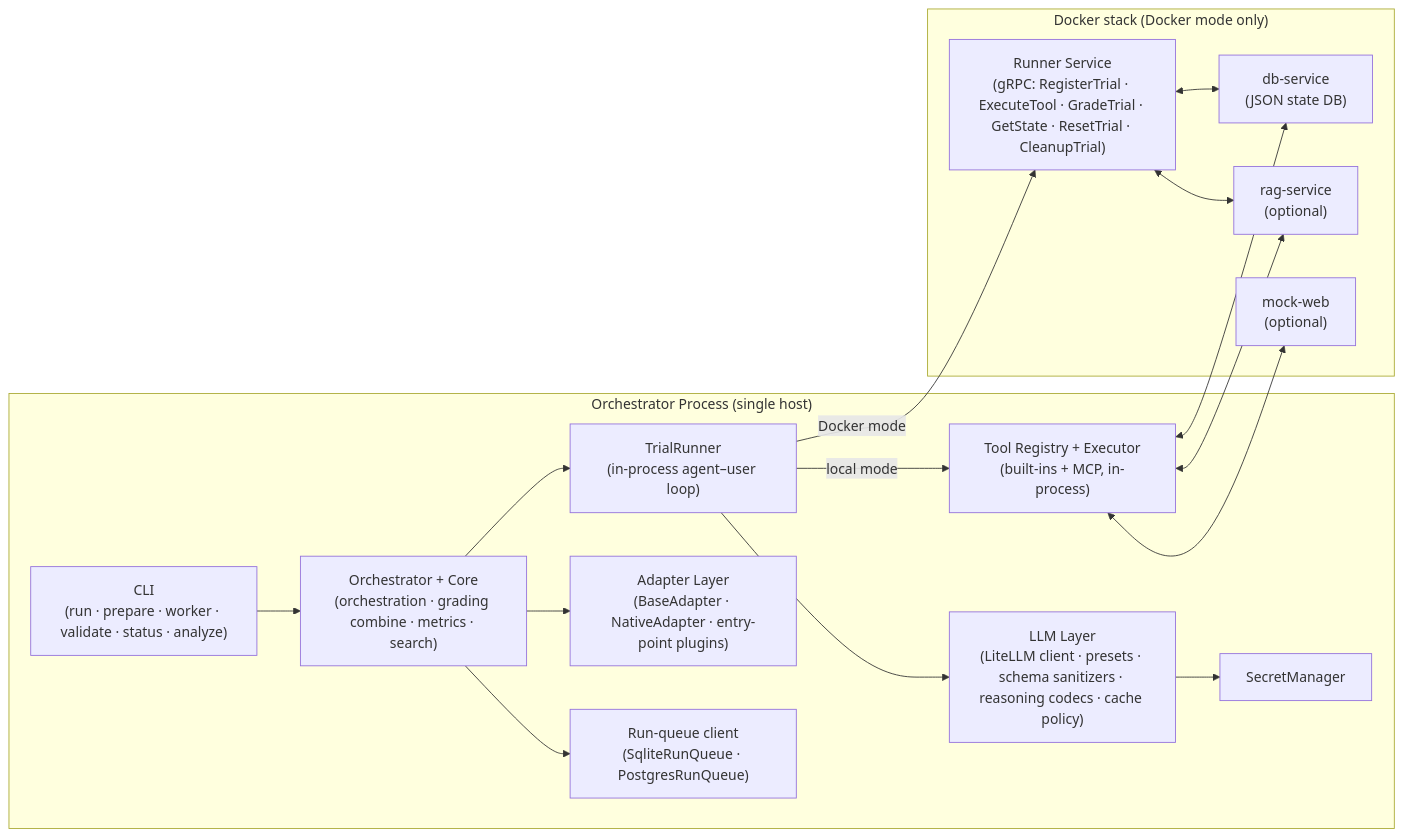
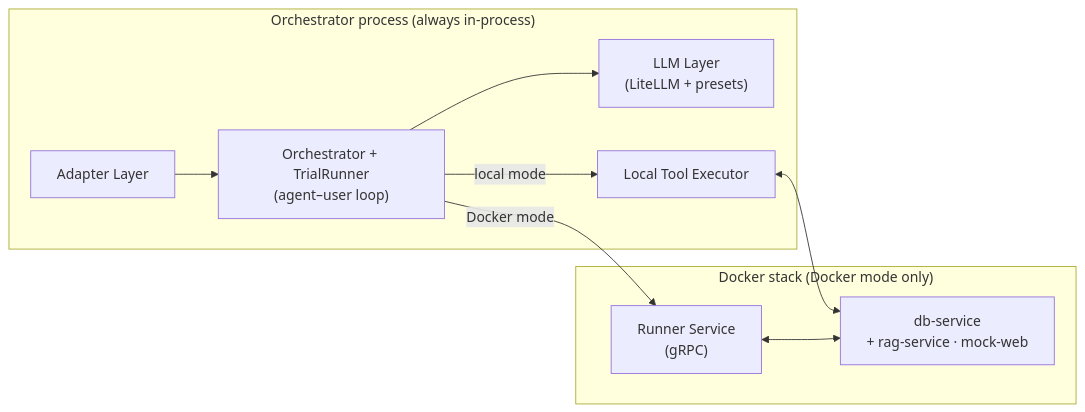
One commit to Toloka/tolokaforge changed the second of 5 diagrams in docs/architecture/README.md. Above: the diagram before and after it, drawn with Mermaid. The commit also changed other lines of this file, not shown here.

First line of the commit message:
docs(architecture): simplify diagrams and fix Mermaid sequence syntax

````diff
--- a/docs/architecture/README.md
+++ b/docs/architecture/README.md
@@ -97,34 +97,21 @@
 ```mermaid
 flowchart LR
-    subgraph Orchestrator["Orchestrator Process (single host)"]
-        CLI["CLI<br/>(run · prepare · worker · validate · status · analyze)"]
-        Core["Orchestrator + Core<br/>(orchestration · grading combine · metrics · search)"]
-        TR["TrialRunner<br/>(in-process agent–user loop)"]
-        Adapters["Adapter Layer<br/>(BaseAdapter · NativeAdapter · entry-point plugins)"]
-        LLMLayer["LLM Layer<br/>(LiteLLM client · presets · schema sanitizers · reasoning codecs · cache policy)"]
-        ToolsLocal["Tool Registry + Executor<br/>(built-ins + MCP, in-process)"]
-        Secrets["SecretManager"]
-        QueueLib["Run-queue client<br/>(SqliteRunQueue · PostgresRunQueue)"]
+    subgraph Process["Orchestrator process (always in-process)"]
+        Adapter["Adapter Layer"]
+        Loop["Orchestrator + TrialRunner<br/>(agent–user loop)"]
+        LLM["LLM Layer<br/>(LiteLLM + presets)"]
+        Local["Local Tool Executor"]
     end
 
-    subgraph DockerOpt["Docker stack (Docker mode only)"]
-        RunnerSvc["Runner Service<br/>(gRPC: RegisterTrial · ExecuteTool · GradeTrial · GetState · ResetTrial · CleanupTrial)"]
-        DBSvc["db-service<br/>(JSON state DB)"]
-        RAGSvc["rag-service<br/>(optional)"]
-        MockWeb["mock-web<br/>(optional)"]
+    subgraph DockerStack["Docker stack (Docker mode only)"]
+        Runner["Runner Service<br/>(gRPC)"]
+        Env["db-service<br/>+ rag-service · mock-web"]
     end
 
-    CLI --> Core
-    Core --> Adapters
-    Core --> TR
-    Core --> QueueLib
-    TR --> LLMLayer
-    TR -- "local mode" --> ToolsLocal
-    TR -- "Docker mode" --> RunnerSvc
-    LLMLayer --> Secrets
-    RunnerSvc <--> DBSvc
-    RunnerSvc <--> RAGSvc
-    ToolsLocal <--> DBSvc
-    ToolsLocal <--> RAGSvc
-    ToolsLocal <--> MockWeb
+    Adapter --> Loop
+    Loop --> LLM
+    Loop -- "local mode" --> Local
+    Loop -- "Docker mode" --> Runner
+    Local <--> Env
+    Runner <--> Env
 ```
````
